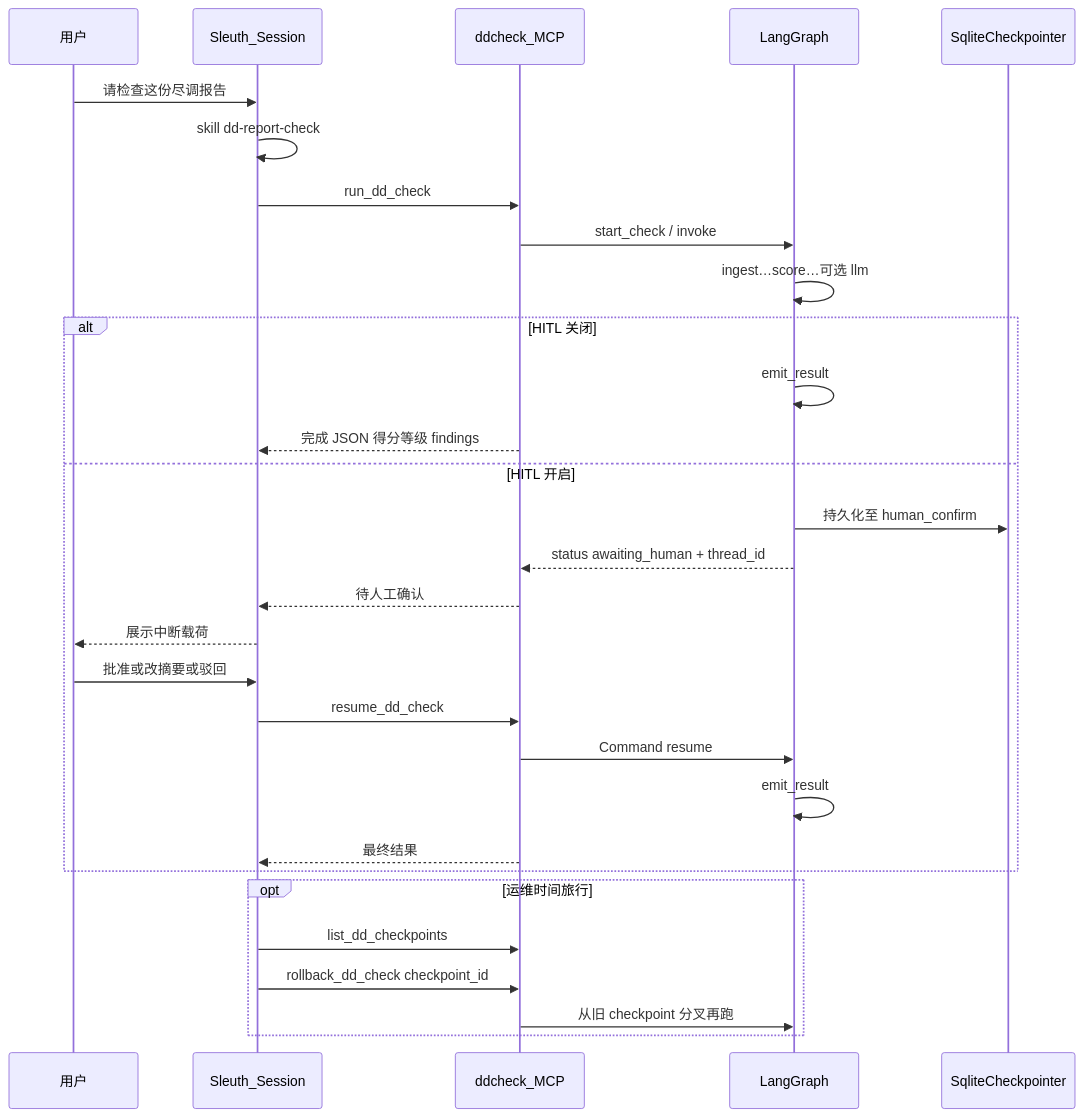
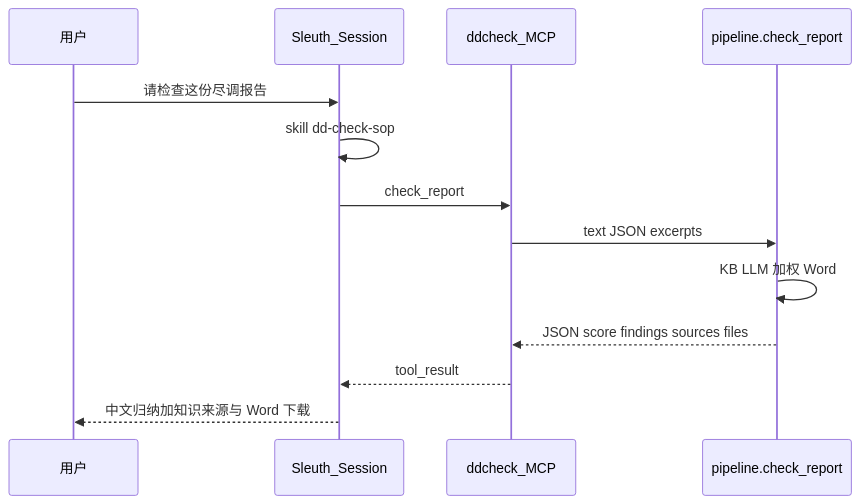
One commit to ldystudy0913-jpg/sleuth changed the third of 5 diagrams in docs/AGENT_SCENARIOS.md. Above: the diagram before and after it, drawn with Mermaid. The commit also changed other lines of this file and 111 other files, not shown here.

````diff
--- a/docs/AGENT_SCENARIOS.md
+++ b/docs/AGENT_SCENARIOS.md
@@ -117,32 +87,15 @@
 ```mermaid
 sequenceDiagram
   participant U as 用户
   participant SL as Sleuth_Session
   participant MCP as ddcheck_MCP
-  participant G as LangGraph
-  participant CP as SqliteCheckpointer
+  participant P as pipeline.check_report
   U->>SL: 请检查这份尽调报告
-  SL->>SL: skill dd-report-check
-  SL->>MCP: run_dd_check
-  MCP->>G: start_check / invoke
-  G->>G: ingest…score…可选 llm
-  alt HITL 关闭
-    G->>G: emit_result
-    MCP-->>SL: 完成 JSON 得分等级 findings
-  else HITL 开启
-    G->>CP: 持久化至 human_confirm
-    G-->>MCP: status awaiting_human + thread_id
-    MCP-->>SL: 待人工确认
-    SL-->>U: 展示中断载荷
-    U->>SL: 批准或改摘要或驳回
-    SL->>MCP: resume_dd_check
-    MCP->>G: Command resume
-    G->>G: emit_result
-    MCP-->>SL: 最终结果
-  end
-  opt 运维时间旅行
-    SL->>MCP: list_dd_checkpoints
-    SL->>MCP: rollback_dd_check checkpoint_id
-    MCP->>G: 从旧 checkpoint 分叉再跑
-  end
+  SL->>SL: skill dd-check-sop
+  SL->>MCP: check_report
+  MCP->>P: text JSON excerpts
+  P->>P: KB LLM 加权 Word
+  P-->>MCP: JSON score findings sources files
+  MCP-->>SL: tool_result
+  SL-->>U: 中文归纳加知识来源与 Word 下载
 ```
````
